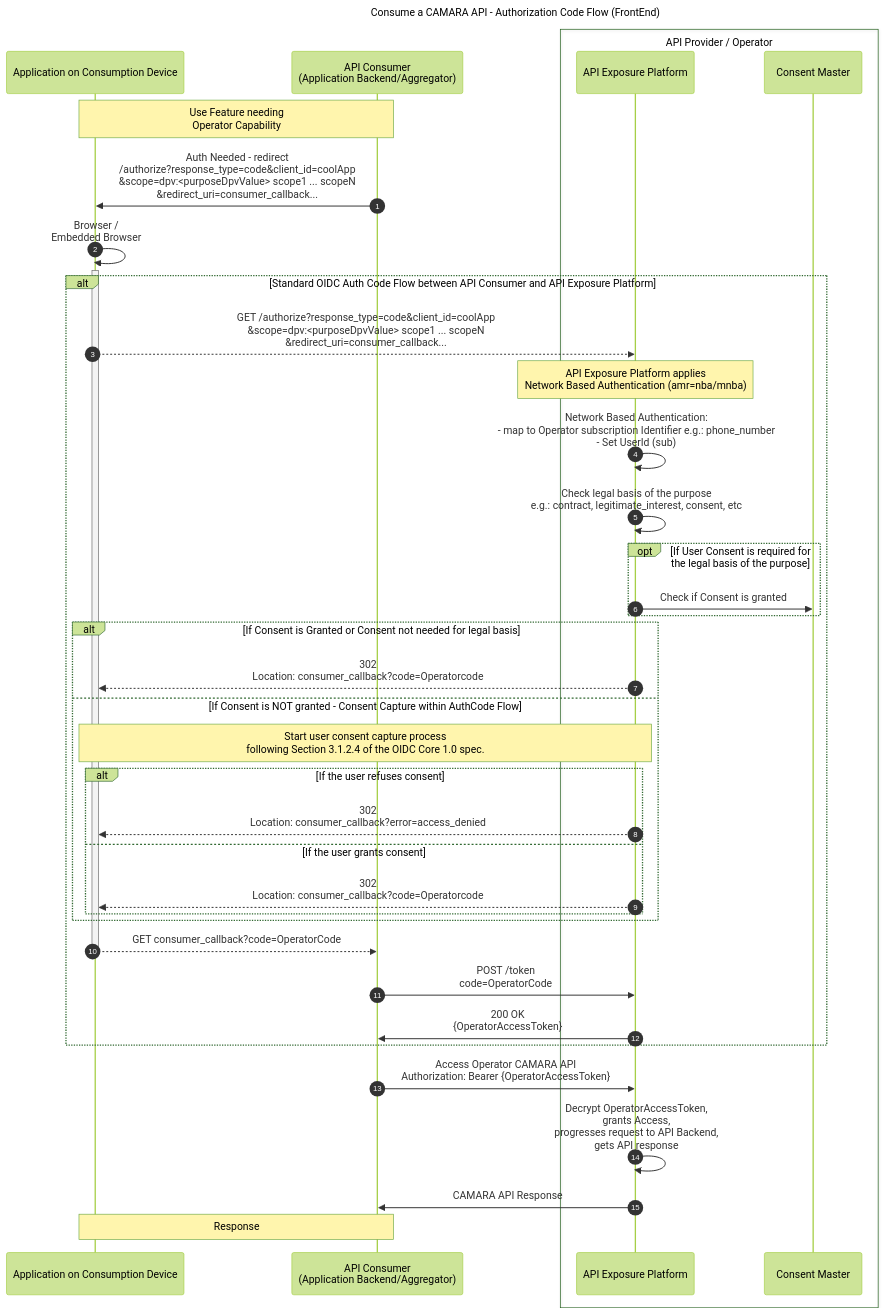
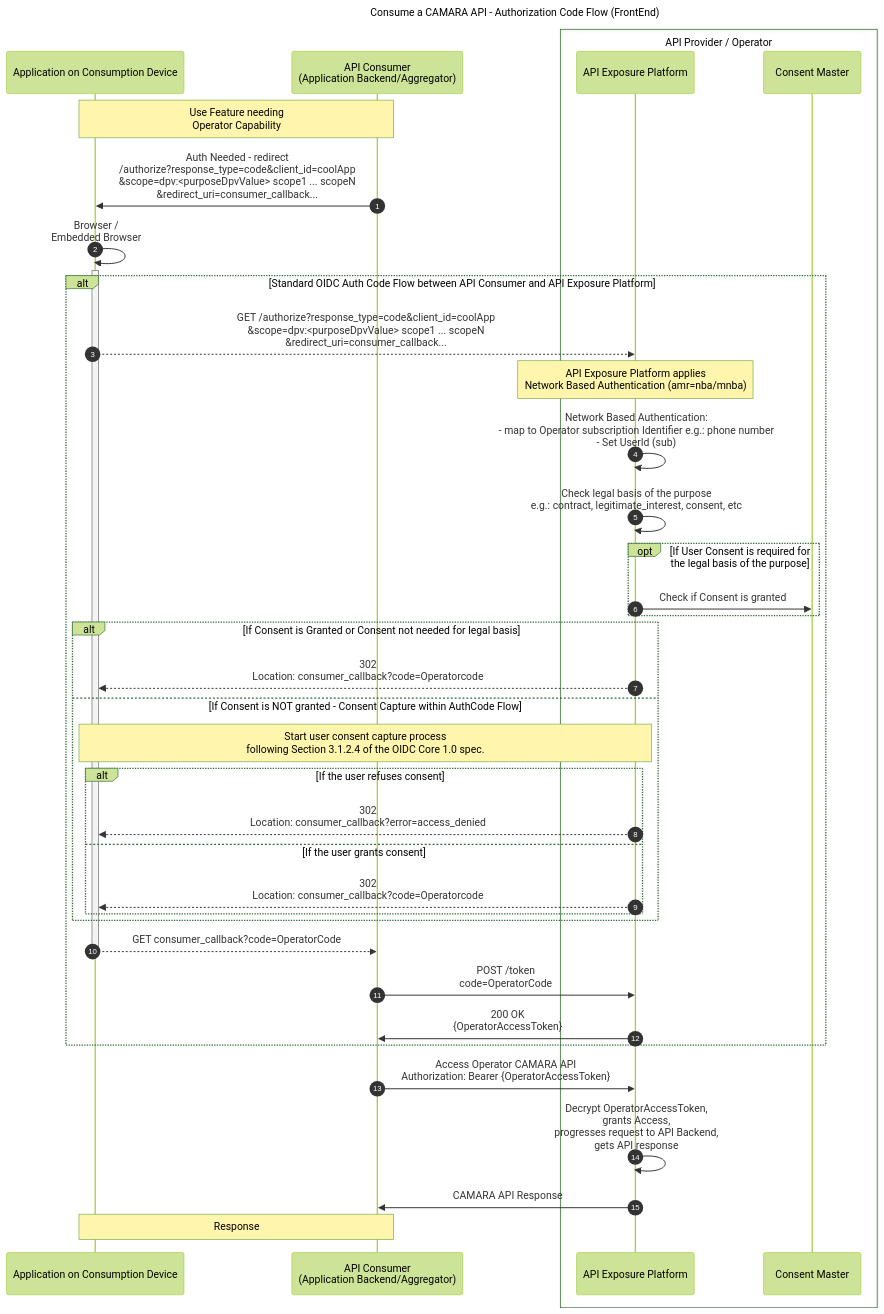
Before and after one commit to camaraproject/IdentityAndConsentManagement: the first of 2 diagrams in documentation/CAMARA-API-access-and-user-consent.md, drawn with Mermaid (forest theme).

Commit message:
fix phone number typo

````diff
--- a/documentation/CAMARA-API-access-and-user-consent.md
+++ b/documentation/CAMARA-API-access-and-user-consent.md
@@ -86,42 +86,42 @@
 ```mermaid
 sequenceDiagram
 autonumber
 title Consume a CAMARA API - Authorization Code Flow (FrontEnd)
 participant FE as Application on Consumption Device
 participant BE as API Consumer<br>(Application Backend/Aggregator)
 box API Provider / Operator
   participant ExpO as API Exposure Platform
   participant Consent as Consent Master
 end
 
 Note over FE,BE: Use Feature needing<br>Operator Capability  
 BE->>FE: Auth Needed - redirect <br>/authorize?response_type=code&client_id=coolApp<br>&scope=dpv:<purposeDpvValue> scope1 ... scopeN<br>&redirect_uri=consumer_callback...
 FE->>+FE: Browser /<br> Embedded Browser
 alt Standard OIDC Auth Code Flow between API Consumer and API Exposure Platform
   FE-->>ExpO: GET /authorize?response_type=code&client_id=coolApp<br>&scope=dpv:<purposeDpvValue> scope1 ... scopeN<br>&redirect_uri=consumer_callback...
   Note over ExpO: API Exposure Platform applies<br>Network Based Authentication (amr=nba/mnba)
-  ExpO->>ExpO: Network Based Authentication:<br>- map to Operator subscription Identifier e.g.: phone_number<br>- Set UserId (sub)  
+  ExpO->>ExpO: Network Based Authentication:<br>- map to Operator subscription Identifier e.g.: phone number<br>- Set UserId (sub)  
   ExpO->>ExpO: Check legal basis of the purpose<br> e.g.: contract, legitimate_interest, consent, etc 
   opt If User Consent is required for the legal basis of the purpose  
     ExpO->>Consent: Check if Consent is granted    
   end  
   alt If Consent is Granted or Consent not needed for legal basis   
     ExpO-->>FE: 302<br>Location: consumer_callback?code=Operatorcode
   else If Consent is NOT granted - Consent Capture within AuthCode Flow  
     Note over FE,ExpO: Start user consent capture process<br>following Section 3.1.2.4 of the OIDC Core 1.0 spec.    
     alt If the user refuses consent
       ExpO-->>FE: 302<br>Location: consumer_callback?error=access_denied
     else If the user grants consent
       ExpO-->>FE: 302<br>Location: consumer_callback?code=Operatorcode
     end
   end
   FE-->>-BE: GET consumer_callback?code=OperatorCode
   BE->>ExpO: POST /token<br> code=OperatorCode
   ExpO->>BE: 200 OK <br> {OperatorAccessToken}
 end
 
 BE->>ExpO: Access Operator CAMARA API <br> Authorization: Bearer {OperatorAccessToken}        
 ExpO->>ExpO: Decrypt OperatorAccessToken,<br>grants Access,<br>progresses request to API Backend,<br>gets API response  
 ExpO->>BE: CAMARA API Response
 Note over BE,FE: Response
 ```
````
